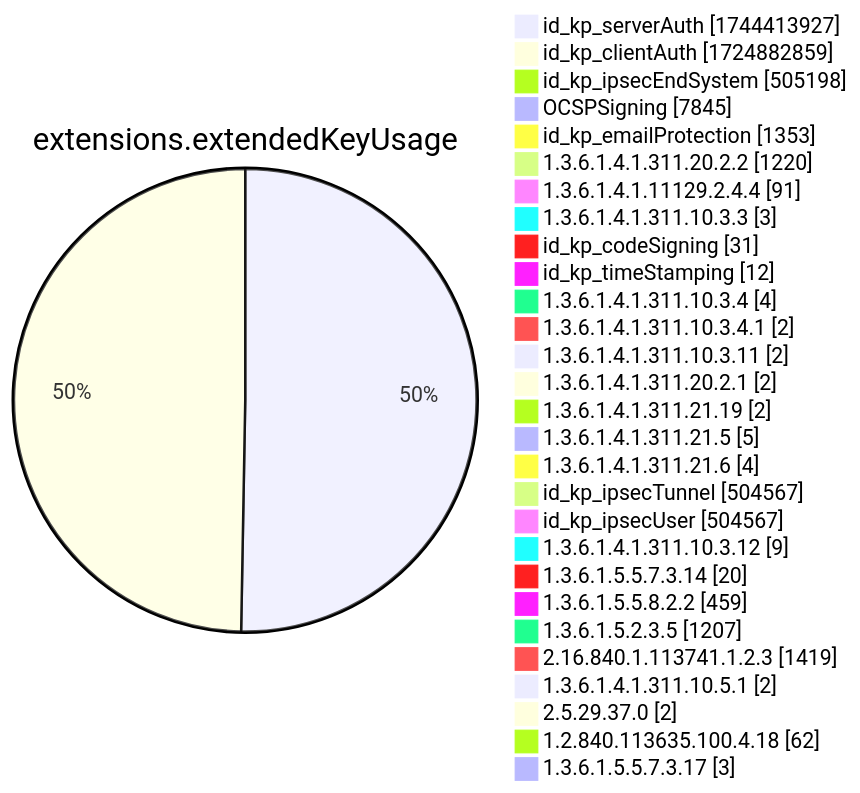
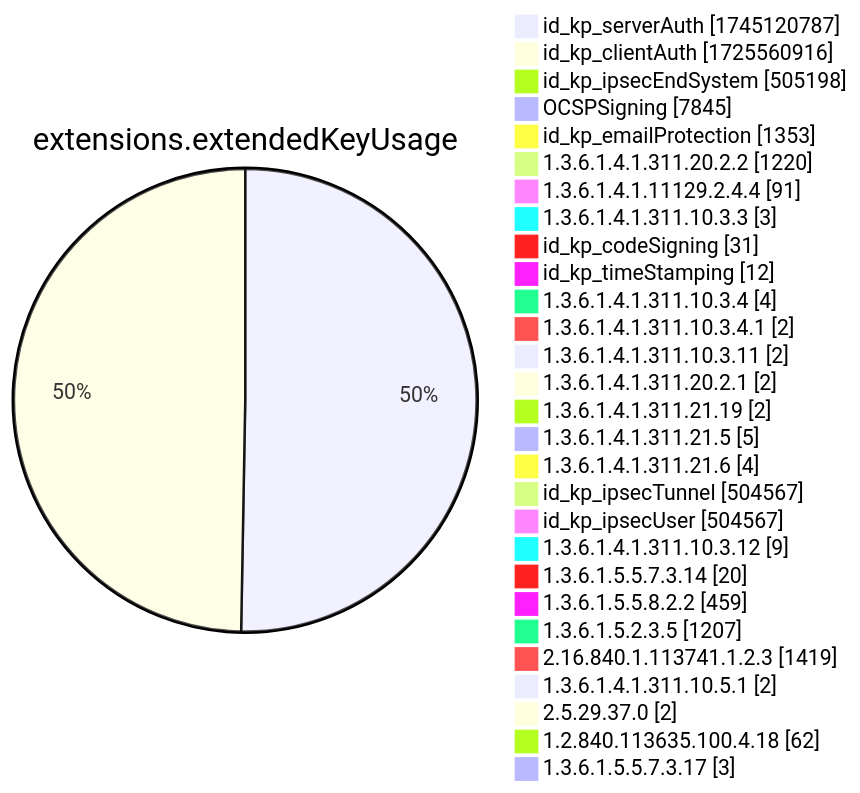
One commit to christiankrug/ctmonitor_visualization changed diagram 12 of 15 in xenon2022/README.md. Above: the diagram before and after it, drawn with Mermaid. The commit also changed other lines of this file, not shown here.

````diff
--- a/xenon2022/README.md
+++ b/xenon2022/README.md
@@ -3892,32 +3892,32 @@
 ```mermaid
 pie showData
 title extensions.extendedKeyUsage
-"id_kp_serverAuth" :1744413927
-"id_kp_clientAuth" :1724882859
+"id_kp_serverAuth" :1745120787
+"id_kp_clientAuth" :1725560916
 "id_kp_ipsecEndSystem" :505198
 "OCSPSigning" :7845
 "id_kp_emailProtection" :1353
 "1.3.6.1.4.1.311.20.2.2" :1220
 "1.3.6.1.4.1.11129.2.4.4" :91
 "1.3.6.1.4.1.311.10.3.3" :3
 "id_kp_codeSigning" :31
 "id_kp_timeStamping" :12
 "1.3.6.1.4.1.311.10.3.4" :4
 "1.3.6.1.4.1.311.10.3.4.1" :2
 "1.3.6.1.4.1.311.10.3.11" :2
 "1.3.6.1.4.1.311.20.2.1" :2
 "1.3.6.1.4.1.311.21.19" :2
 "1.3.6.1.4.1.311.21.5" :5
 "1.3.6.1.4.1.311.21.6" :4
 "id_kp_ipsecTunnel" :504567
 "id_kp_ipsecUser" :504567
 "1.3.6.1.4.1.311.10.3.12" :9
 "1.3.6.1.5.5.7.3.14" :20
 "1.3.6.1.5.5.8.2.2" :459
 "1.3.6.1.5.2.3.5" :1207
 "2.16.840.1.113741.1.2.3" :1419
 "1.3.6.1.4.1.311.10.5.1" :2
 "2.5.29.37.0" :2
 "1.2.840.113635.100.4.18" :62
 "1.3.6.1.5.5.7.3.17" :3
 ```
````
